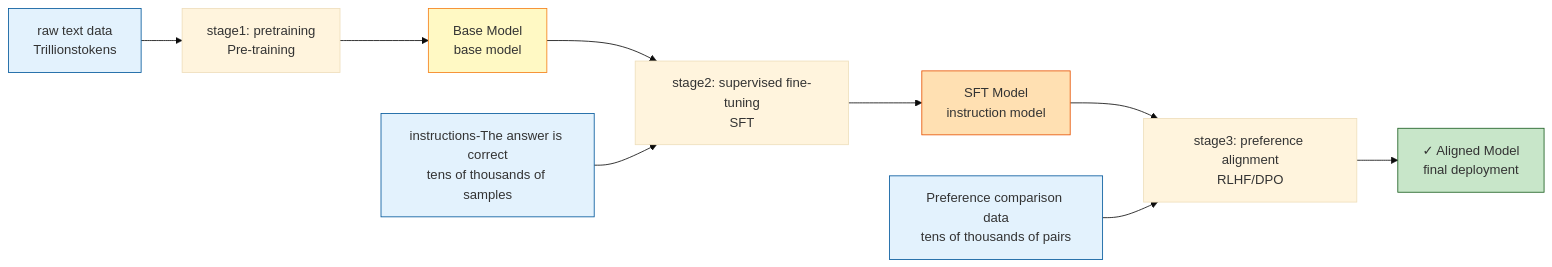
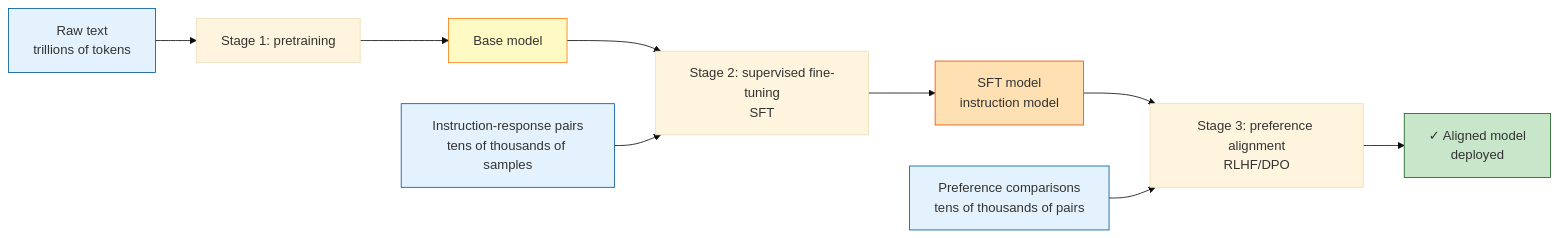
One commit to TingdeLiu/tingdeliu.github.io changed the second of 29 diagrams in _translations/en/research/LLM-Training-Survey.md. Above: the diagram before and after it, drawn with Mermaid (base theme). The commit also changed other lines of this file and 2 other files, not shown here.

First line of the commit message:
docs(llm-survey): polish English edition and add evolution timeline

````diff
--- a/_translations/en/research/LLM-Training-Survey.md
+++ b/_translations/en/research/LLM-Training-Survey.md
@@ -171,18 +189,18 @@
 ```mermaid
 flowchart LR
-    A["raw text data<br>Trillionstokens"] --> B["stage1: pretraining<br>Pre-training"]
-    B --> C["Base Model<br>base model"]
-    C --> D["stage2: supervised fine-tuning<br>SFT"]
-    E["instructions-The answer is correct<br>tens of thousands of samples"] --> D
-    D --> F["SFT Model<br>instruction model"]
-    F --> G["stage3: preference alignment<br>RLHF/DPO"]
-    H["Preference comparison data<br>tens of thousands of pairs"] --> G
-    G --> I["✓ Aligned Model<br>final deployment"]
+    A["Raw text<br>trillions of tokens"] --> B["Stage 1: pretraining"]
+    B --> C["Base model"]
+    C --> D["Stage 2: supervised fine-tuning<br>SFT"]
+    E["Instruction-response pairs<br>tens of thousands of samples"] --> D
+    D --> F["SFT model<br>instruction model"]
+    F --> G["Stage 3: preference alignment<br>RLHF/DPO"]
+    H["Preference comparisons<br>tens of thousands of pairs"] --> G
+    G --> I["✓ Aligned model<br>deployed"]
 
     style A fill:#e3f2fd,stroke:#01579b
     style C fill:#fff9c4,stroke:#f57f17
     style E fill:#e3f2fd,stroke:#01579b
     style F fill:#ffe0b2,stroke:#e65100
     style H fill:#e3f2fd,stroke:#01579b
     style I fill:#c8e6c9,stroke:#1b5e20
 ```
````
